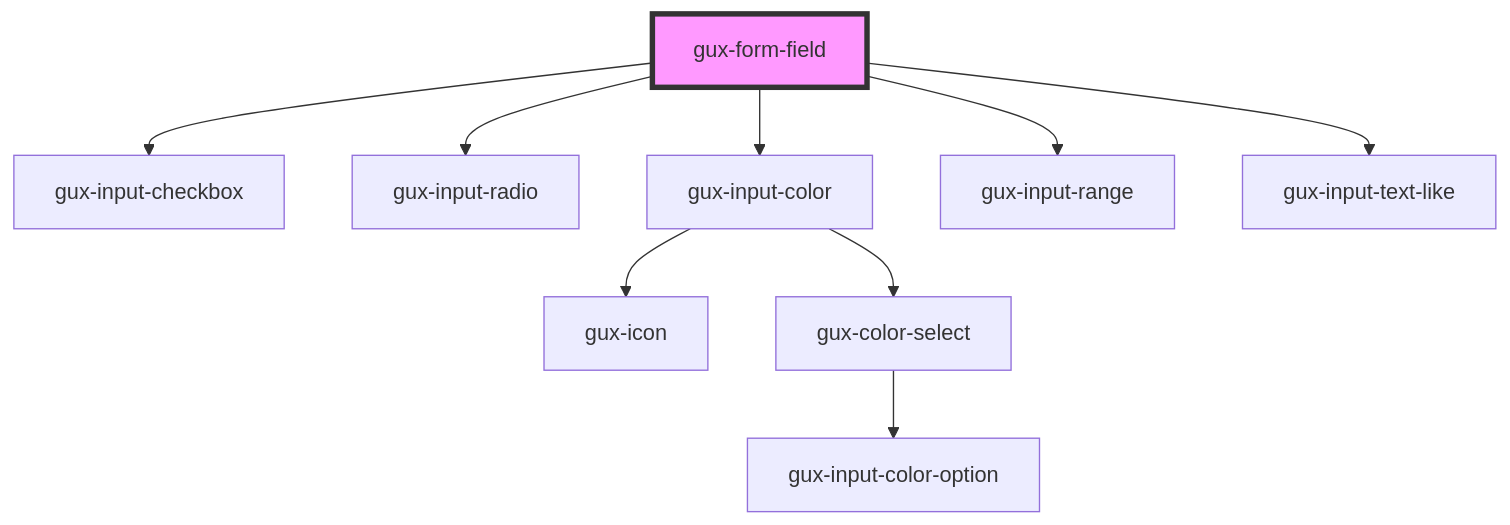
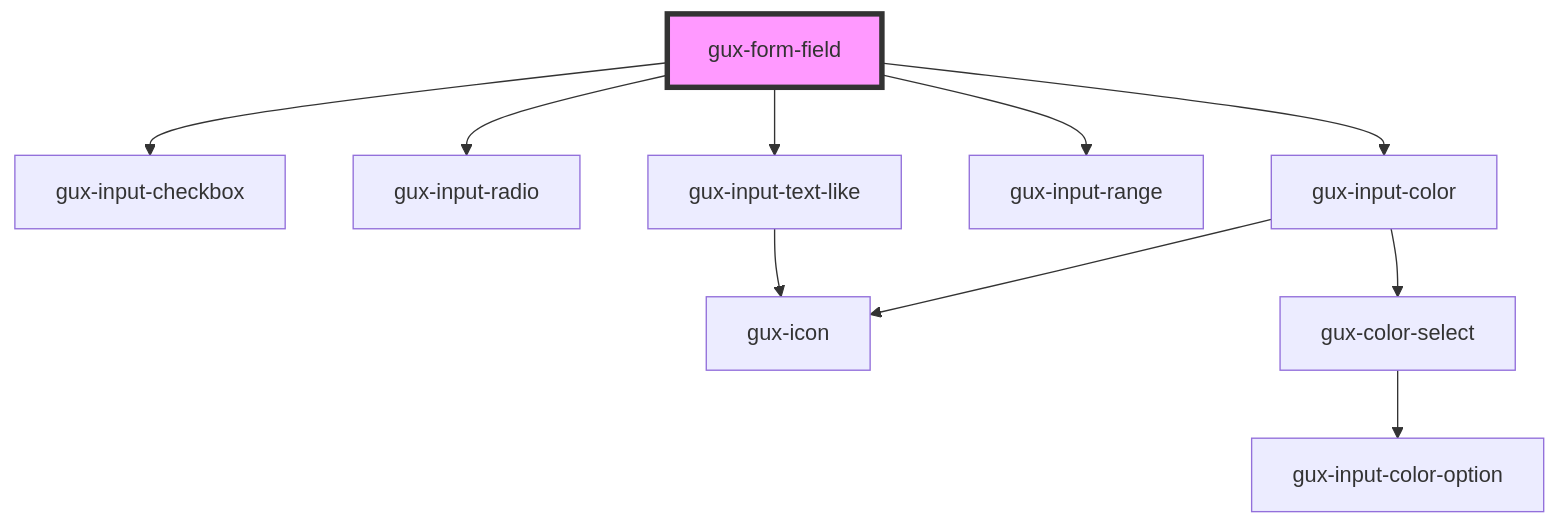
The diagram in src/components/stable/gux-form-field/readme.md (MyPureCloud/genesys-webcomponents), drawn with Mermaid before and after one commit. The commit also changed other lines of this file and 32 other files, not shown here.

First line of the commit message:
feat(form-field): added clear button to text like fields

````diff
--- a/src/components/stable/gux-form-field/readme.md
+++ b/src/components/stable/gux-form-field/readme.md
@@ -27,12 +34,13 @@
 ```mermaid
 graph TD;
   gux-form-field --> gux-input-checkbox
   gux-form-field --> gux-input-radio
   gux-form-field --> gux-input-color
   gux-form-field --> gux-input-range
   gux-form-field --> gux-input-text-like
   gux-input-color --> gux-icon
   gux-input-color --> gux-color-select
   gux-color-select --> gux-input-color-option
+  gux-input-text-like --> gux-icon
   style gux-form-field fill:#f9f,stroke:#333,stroke-width:4px
 ```
````
